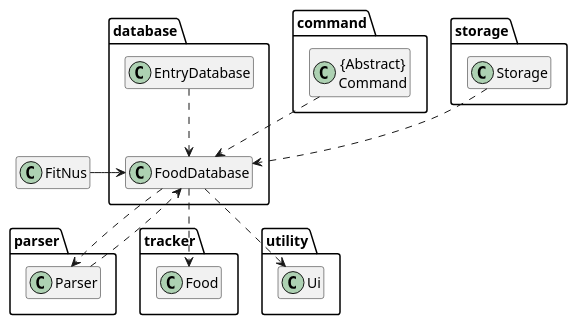
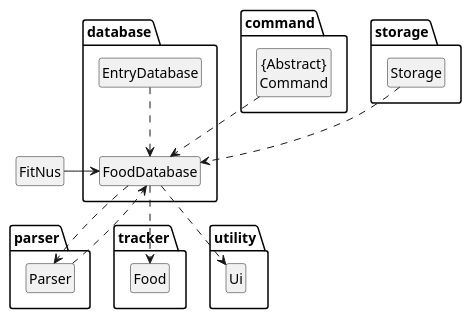
The diagram in docs/diagrams/FoodDatabase_Classes.puml (praj-bellakka/tp), drawn with PlantUML before and after one commit. The commit also changed 3 other files, not shown here.

Commit message:
Update UML Class diagrams

```diff
--- a/docs/diagrams/FoodDatabase_Classes.puml
+++ b/docs/diagrams/FoodDatabase_Classes.puml
@@ -1,38 +1,41 @@
 @startuml
 hide member
+
+hide circle
+skinparam classAttributeIconSize 0
 
 class FitNus
 package parser {
     class Parser
 }
 
 package command {
     class "{Abstract}\nCommand"
 }
 
 package database {
     class FoodDatabase
     class EntryDatabase
 }
 
 package storage {
     class Storage
 }
 
 package tracker {
     class Food
 }
 
 package utility {
     class Ui
 }
 
 Storage ..> FoodDatabase
 FitNus -> FoodDatabase
 EntryDatabase ..> FoodDatabase
 "{Abstract}\nCommand" ..> FoodDatabase
 Parser ..> FoodDatabase
 FoodDatabase ..> Parser
 FoodDatabase ..> Food
 FoodDatabase ..> Ui
 @enduml
```
